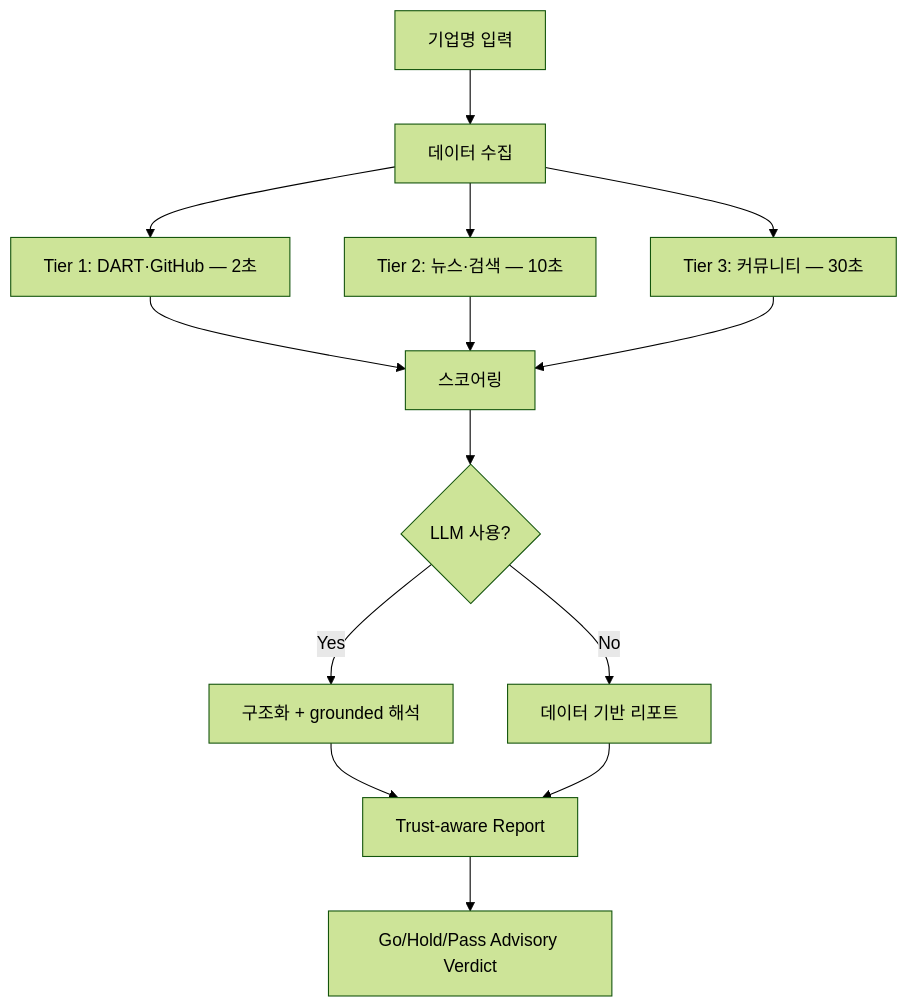
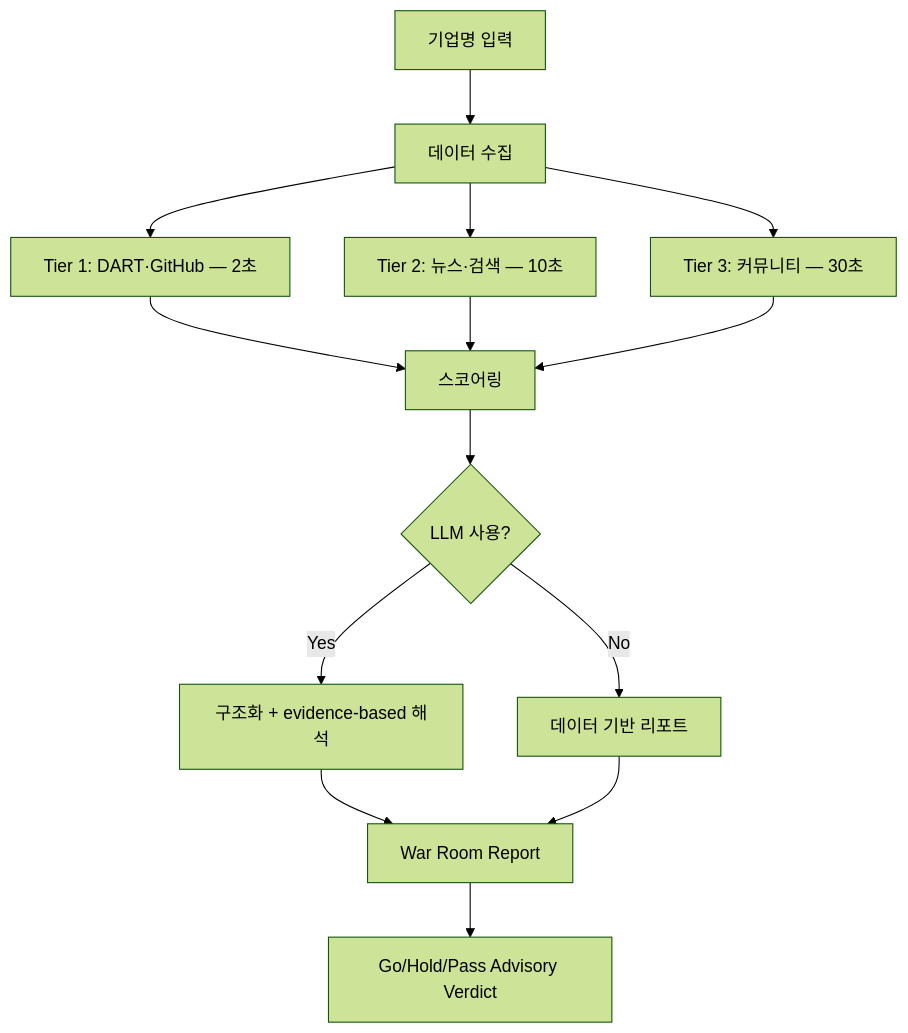
The second of 2 diagrams in README.md (zihoshin-dev/hirekit), drawn with Mermaid (forest theme) before and after one commit. The commit also changed other lines of this file and 89 other files, not shown here.

First line of the commit message:
Turn HireKit into a trust-first decision war room

````diff
--- a/README.md
+++ b/README.md
@@ -62,16 +62,16 @@
 ```mermaid
 flowchart TD
     A[기업명 입력] --> B[데이터 수집]
     B --> B1[Tier 1: DART·GitHub — 2초]
     B --> B2[Tier 2: 뉴스·검색 — 10초]
     B --> B3[Tier 3: 커뮤니티 — 30초]
     B1 --> C[스코어링]
     B2 --> C
     B3 --> C
     C --> D{LLM 사용?}
-    D -->|Yes| E[구조화 + grounded 해석]
+    D -->|Yes| E[구조화 + evidence-based 해석]
     D -->|No| F[데이터 기반 리포트]
-    E --> G[Trust-aware Report]
+    E --> G[War Room Report]
     F --> G
     G --> H[Go/Hold/Pass Advisory Verdict]
 ```
````
